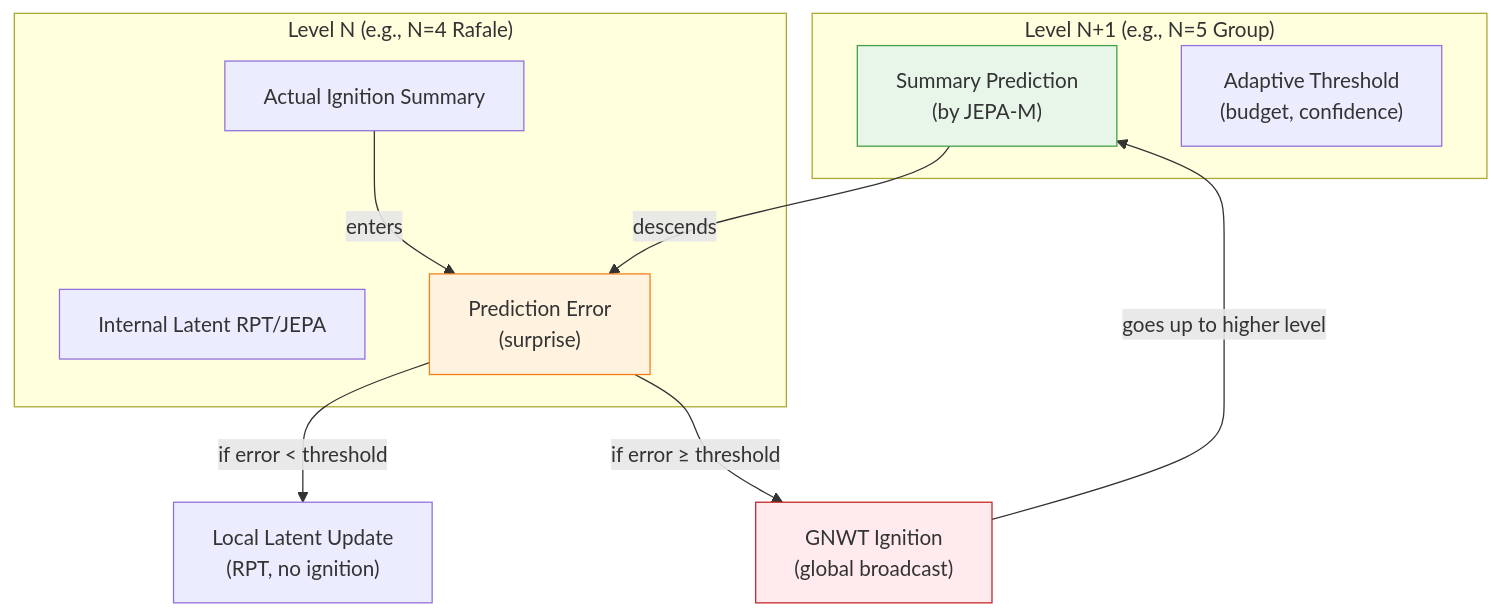
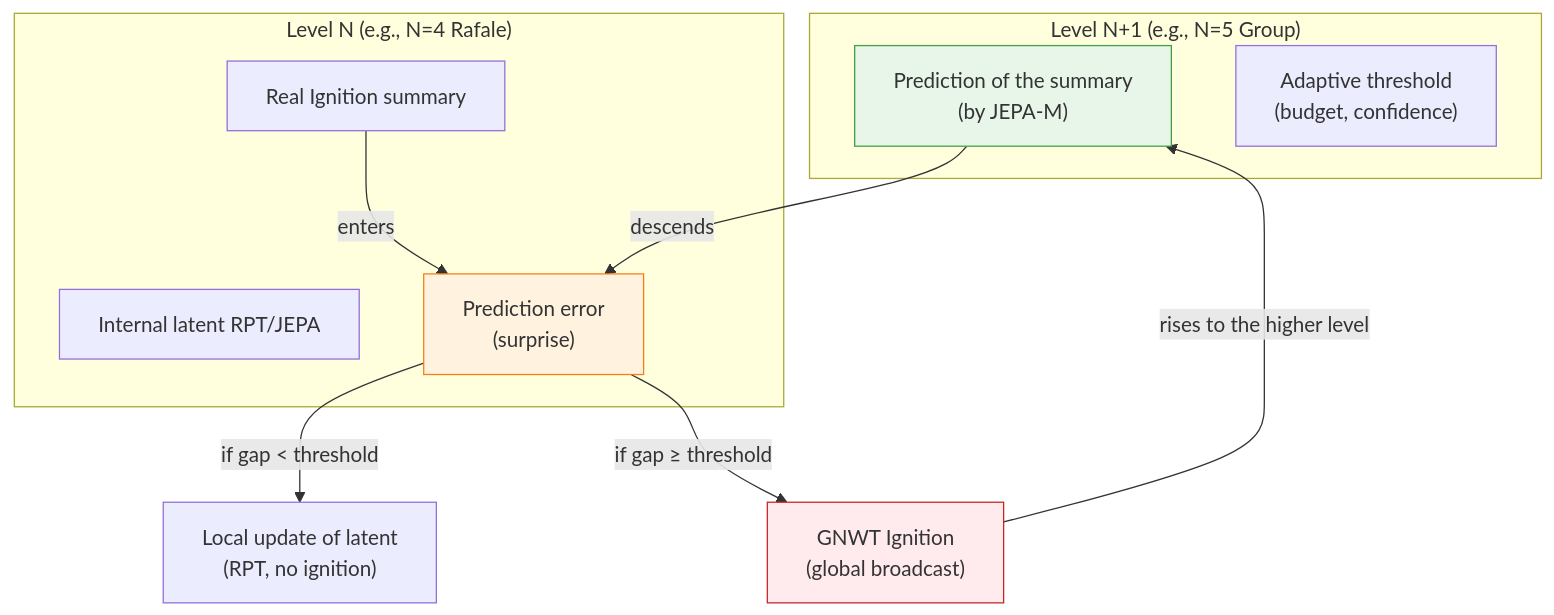
The third of 6 diagrams in concepts/concepts.md (AlainCo/GNWT-Garrigue-X-en), drawn with Mermaid before and after one commit. The commit also changed other lines of this file and 21 other files, not shown here.

````diff
--- a/concepts/concepts.md
+++ b/concepts/concepts.md
@@ -126,24 +126,24 @@
 ```mermaid
 flowchart TD
     subgraph LevelSup ["Level N+1 (e.g., N=5 Group)"]
-        Pred["Summary Prediction\n(by JEPA-M)"]
-        Threshold["Adaptive Threshold\n(budget, confidence)"]
+        Pred["Prediction of the summary\n(by JEPA-M)"]
+        Seuil["Adaptive threshold\n(budget, confidence)"]
     end
 
     subgraph LevelInf ["Level N (e.g., N=4 Rafale)"]
-        Latent["Internal Latent RPT/JEPA"]
-        Ignition["Actual Ignition Summary"]
-        Error["Prediction Error\n(surprise)"]
+        Latent["Internal latent RPT/JEPA"]
+        Ignition["Real Ignition summary"]
+        Erreur["Prediction error\n(surprise)"]
     end
 
-    Pred -->|"descends"| Error
-    Ignition -->|"enters"| Error
-    Error -->|"if error < threshold"| Update["Local Latent Update\n(RPT, no ignition)"]
-    Error -->|"if error ≥ threshold"| GNWT["GNWT Ignition\n(global broadcast)"]
+    Pred -->|"descends"| Erreur
+    Ignition -->|"enters"| Erreur
+    Erreur -->|"if gap < threshold"| MiseAJour["Local update of latent\n(RPT, no ignition)"]
+    Erreur -->|"if gap ≥ threshold"| GNWT["GNWT Ignition\n(global broadcast)"]
 
-    GNWT -->|"goes up to higher level"| Pred
+    GNWT -->|"rises to the higher level"| Pred
 
     style Pred fill:#e8f5e9,stroke:#43a047
-    style Error fill:#fff3e0,stroke:#f57f17
+    style Erreur fill:#fff3e0,stroke:#f57f17
     style GNWT fill:#ffebee,stroke:#c62828
 ```
````
